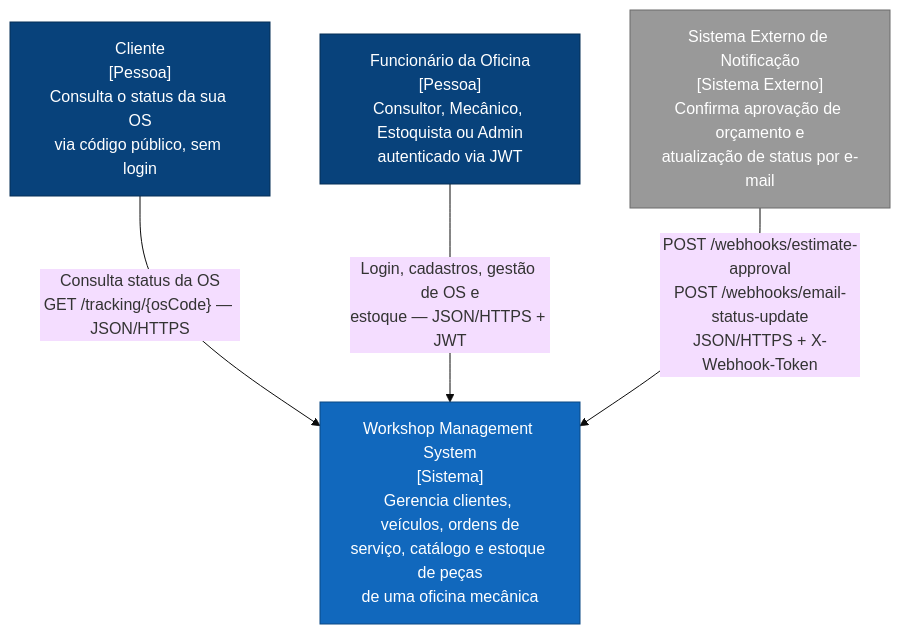
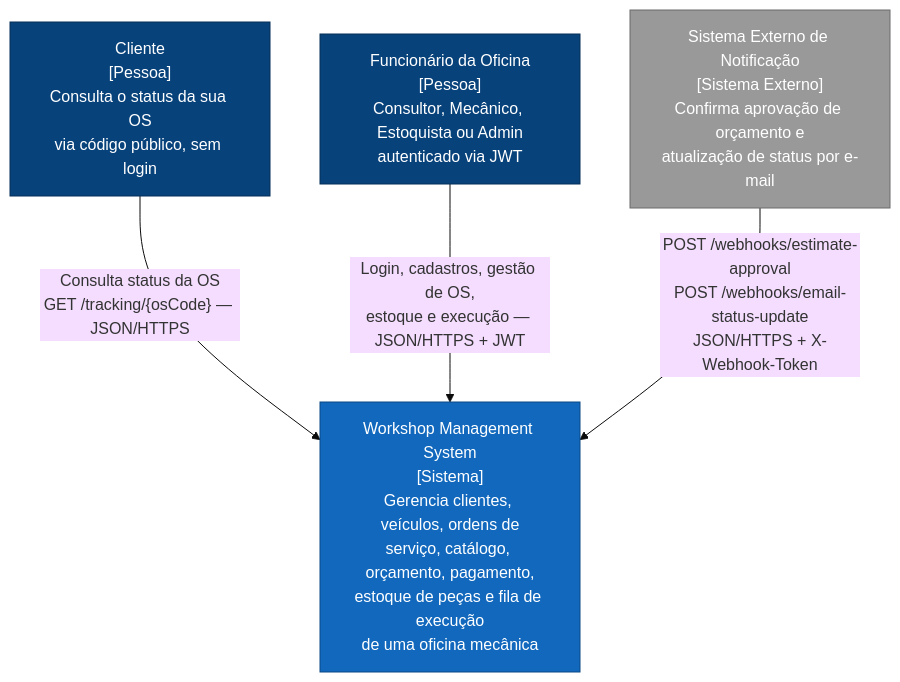
One commit to Adriana-Meyer/fiap-tech-challenge-os-service changed the first of 2 diagrams in README.md. Above: the diagram before and after it, drawn with Mermaid (base theme). The commit also changed other lines of this file and 12 other files, not shown here.

First line of the commit message:
docs: document the four-service architecture, the saga and the Phase 4 decisions (#47)

````diff
--- a/README.md
+++ b/README.md
@@ -15,16 +15,16 @@
 ```mermaid
 flowchart TB
     classDef person fill:#08427b,stroke:#052e56,color:#fff
     classDef system fill:#1168bd,stroke:#0b4884,color:#fff
     classDef external fill:#999999,stroke:#6b6b6b,color:#fff
 
     Cliente["Cliente<br/>[Pessoa]<br/>Consulta o status da sua OS<br/>via código público, sem login"]:::person
     Funcionario["Funcionário da Oficina<br/>[Pessoa]<br/>Consultor, Mecânico, Estoquista ou Admin<br/>autenticado via JWT"]:::person
     ExternoWebhook["Sistema Externo de Notificação<br/>[Sistema Externo]<br/>Confirma aprovação de orçamento e<br/>atualização de status por e-mail"]:::external
 
-    Workshop["Workshop Management System<br/>[Sistema]<br/>Gerencia clientes, veículos, ordens de<br/>serviço, catálogo e estoque de peças<br/>de uma oficina mecânica"]:::system
+    Workshop["Workshop Management System<br/>[Sistema]<br/>Gerencia clientes, veículos, ordens de<br/>serviço, catálogo, orçamento, pagamento,<br/>estoque de peças e fila de execução<br/>de uma oficina mecânica"]:::system
 
     Cliente -- "Consulta status da OS<br/>GET /tracking/{osCode} — JSON/HTTPS" --> Workshop
-    Funcionario -- "Login, cadastros, gestão de OS e<br/>estoque — JSON/HTTPS + JWT" --> Workshop
+    Funcionario -- "Login, cadastros, gestão de OS,<br/>estoque e execução — JSON/HTTPS + JWT" --> Workshop
     ExternoWebhook -- "POST /webhooks/estimate-approval<br/>POST /webhooks/email-status-update<br/>JSON/HTTPS + X-Webhook-Token" --> Workshop
 ```
````
